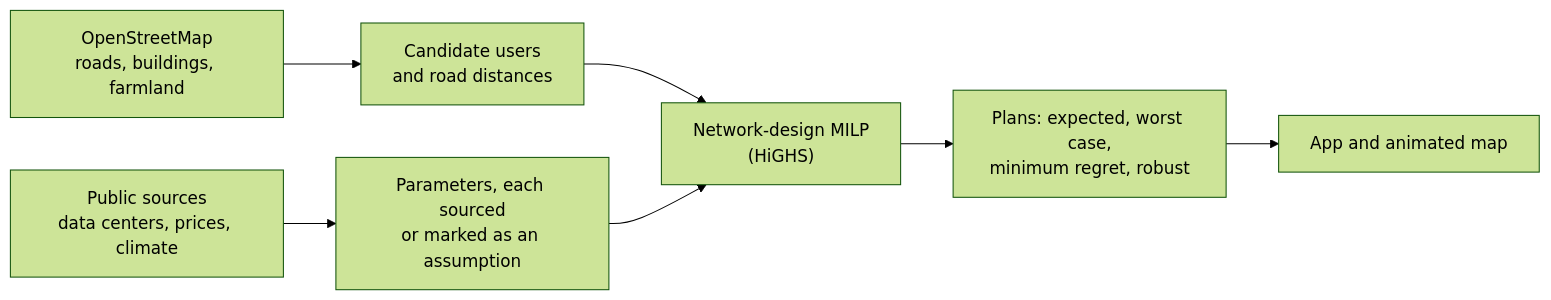
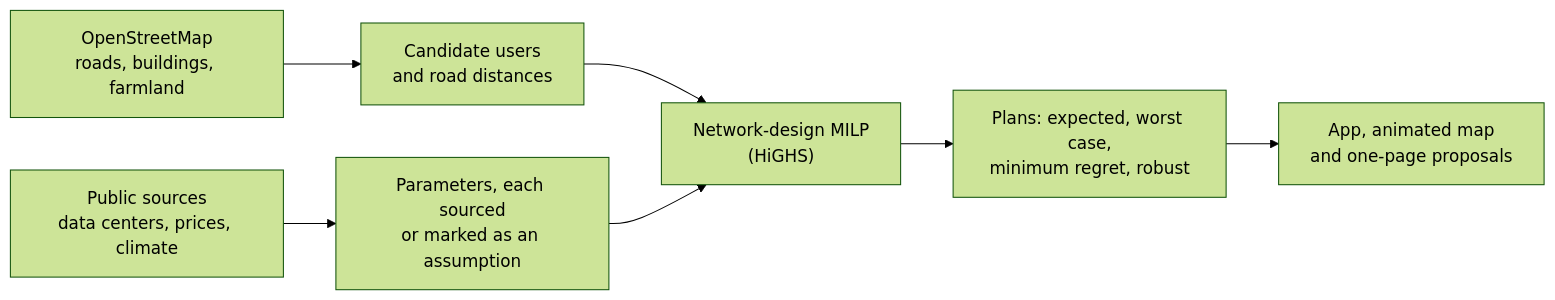
The diagram in README.md (ACurnow/team-data-center), drawn with Mermaid (forest theme) before and after one commit. The commit also changed other lines of this file and 11 other files, not shown here.

First line of the commit message:
Proposals: five ranked partners per data center and a one-page proposal

````diff
--- a/README.md
+++ b/README.md
@@ -83,9 +97,9 @@
 ```mermaid
 flowchart LR
   OSM["OpenStreetMap<br/>roads, buildings, farmland"] --> CAND["Candidate users<br/>and road distances"]
   SRC["Public sources<br/>data centers, prices, climate"] --> PAR["Parameters, each sourced<br/>or marked as an assumption"]
   CAND --> MILP["Network-design MILP<br/>(HiGHS)"]
   PAR --> MILP
   MILP --> PLANS["Plans: expected, worst case,<br/>minimum regret, robust"]
-  PLANS --> APP["App and animated map"]
+  PLANS --> APP["App, animated map<br/>and one-page proposals"]
 ```
````
